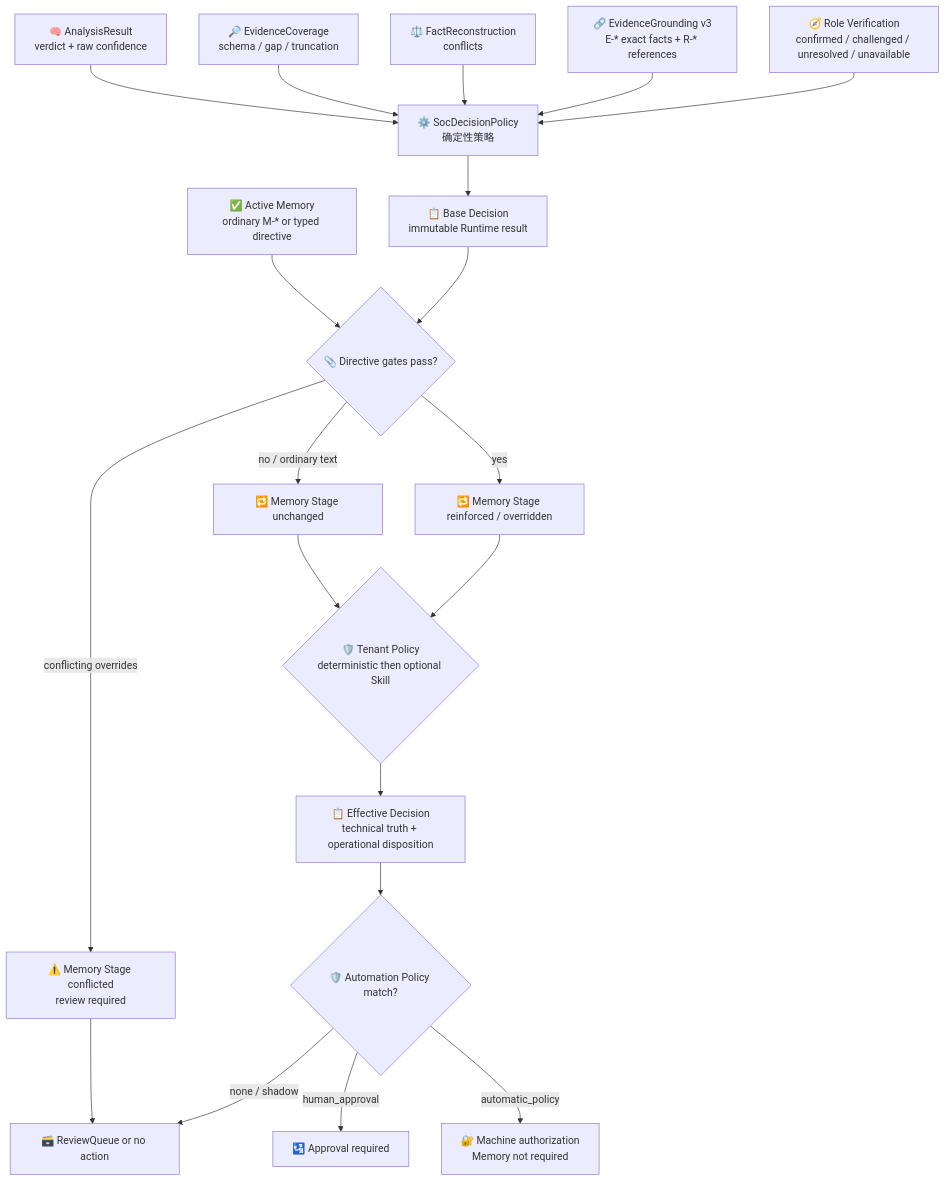
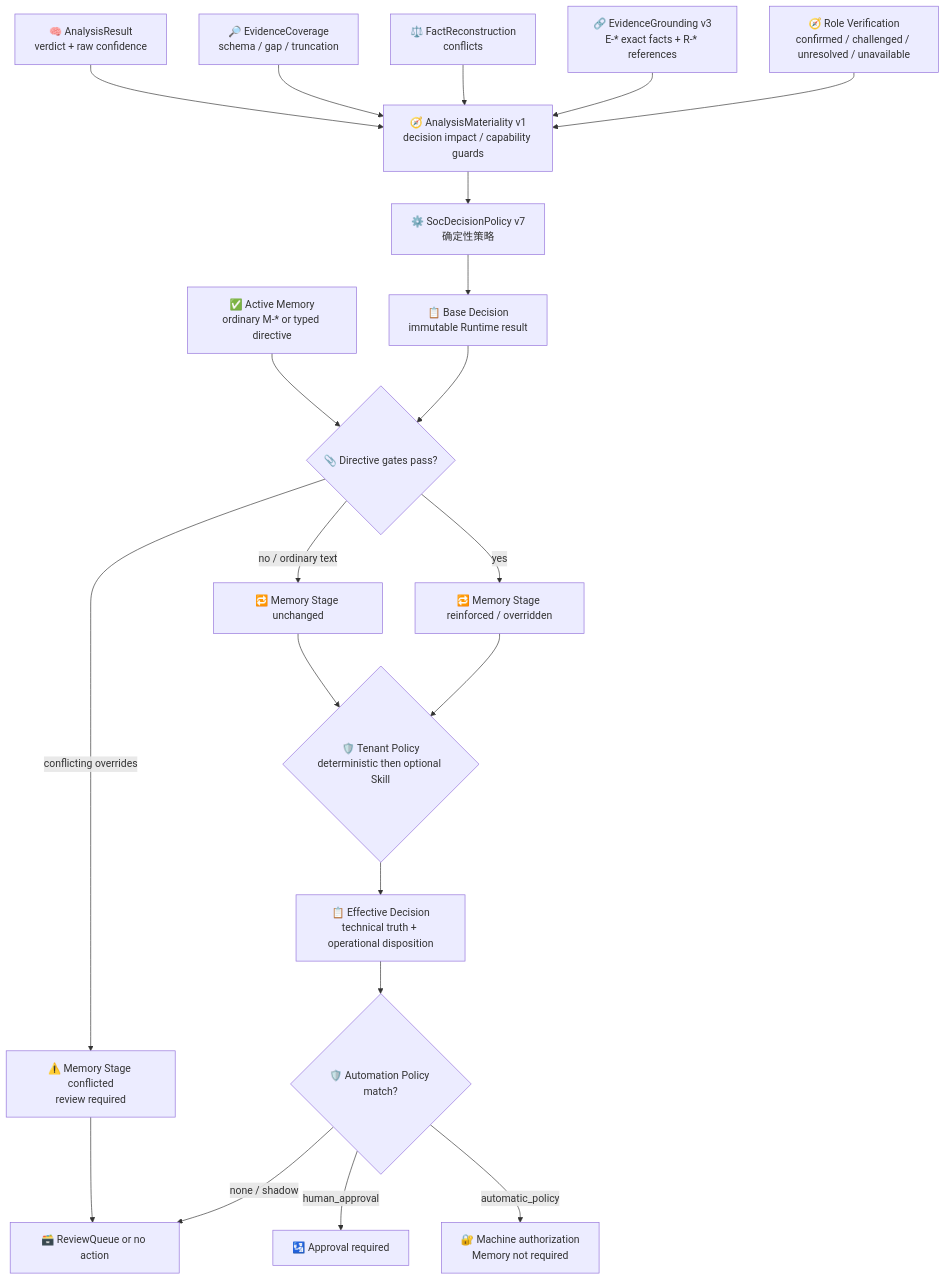
Before and after one commit to yydspanda/deer-flow: the fifth of 23 diagrams in .notes/ai_soc/alert-lifecycle-flow.md, drawn with Mermaid. The commit also changed other lines of this file and 83 other files, not shown here.

Commit message:
feat(soc): harden analysis and governed memory flow

````diff
--- a/.notes/ai_soc/alert-lifecycle-flow.md
+++ b/.notes/ai_soc/alert-lifecycle-flow.md
@@ -358,22 +358,23 @@
 ```mermaid
 flowchart TD
-    A["🧠 AnalysisResult<br/>verdict + raw confidence"] --> B["⚙️ SocDecisionPolicy<br/>确定性策略"]
-    C["🔎 EvidenceCoverage<br/>schema / gap / truncation"] --> B
-    D["⚖️ FactReconstruction<br/>conflicts"] --> B
-    GR["🔗 EvidenceGrounding v3<br/>E-* exact facts + R-* references"] --> B
-    RV["🧭 Role Verification<br/>confirmed / challenged / unresolved / unavailable"] --> B
+    A["🧠 AnalysisResult<br/>verdict + raw confidence"] --> MAT["🧭 AnalysisMateriality v1<br/>decision impact / capability guards"]
+    C["🔎 EvidenceCoverage<br/>schema / gap / truncation"] --> MAT
+    D["⚖️ FactReconstruction<br/>conflicts"] --> MAT
+    GR["🔗 EvidenceGrounding v3<br/>E-* exact facts + R-* references"] --> MAT
+    RV["🧭 Role Verification<br/>confirmed / challenged / unresolved / unavailable"] --> MAT
+    MAT --> B["⚙️ SocDecisionPolicy v7<br/>确定性策略"]
     B --> E["📋 Base Decision<br/>immutable Runtime result"]
     M["✅ Active Memory<br/>ordinary M-* or typed directive"] --> T{"📎 Directive gates pass?"}
     E --> T
     T -->|"no / ordinary text"| U["🔁 Memory Stage unchanged"]
     T -->|"yes"| V["🔁 Memory Stage reinforced / overridden"]
     T -->|"conflicting overrides"| W["⚠️ Memory Stage conflicted<br/>review required"]
     U --> TP{"🛡️ Tenant Policy<br/>deterministic then optional Skill"}
     V --> TP
     TP --> F["📋 Effective Decision<br/>technical truth + operational disposition"]
     F --> P{"🛡️ Automation Policy match?"}
     W --> Q
     P -->|"none / shadow"| Q["🗃️ ReviewQueue or no action"]
     P -->|"human_approval"| H["🛂 Approval required"]
     P -->|"automatic_policy"| X["🔐 Machine authorization<br/>Memory not required"]
 ```
````
